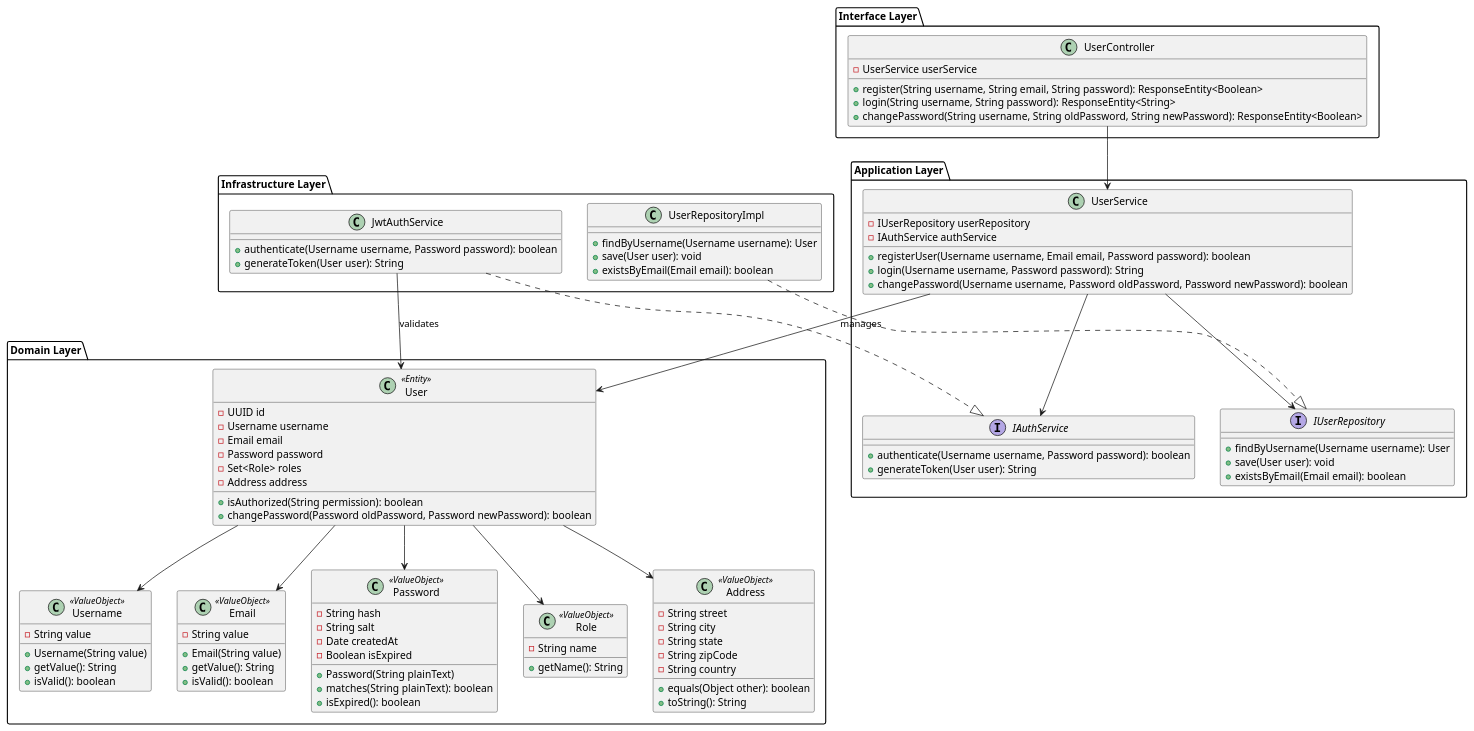
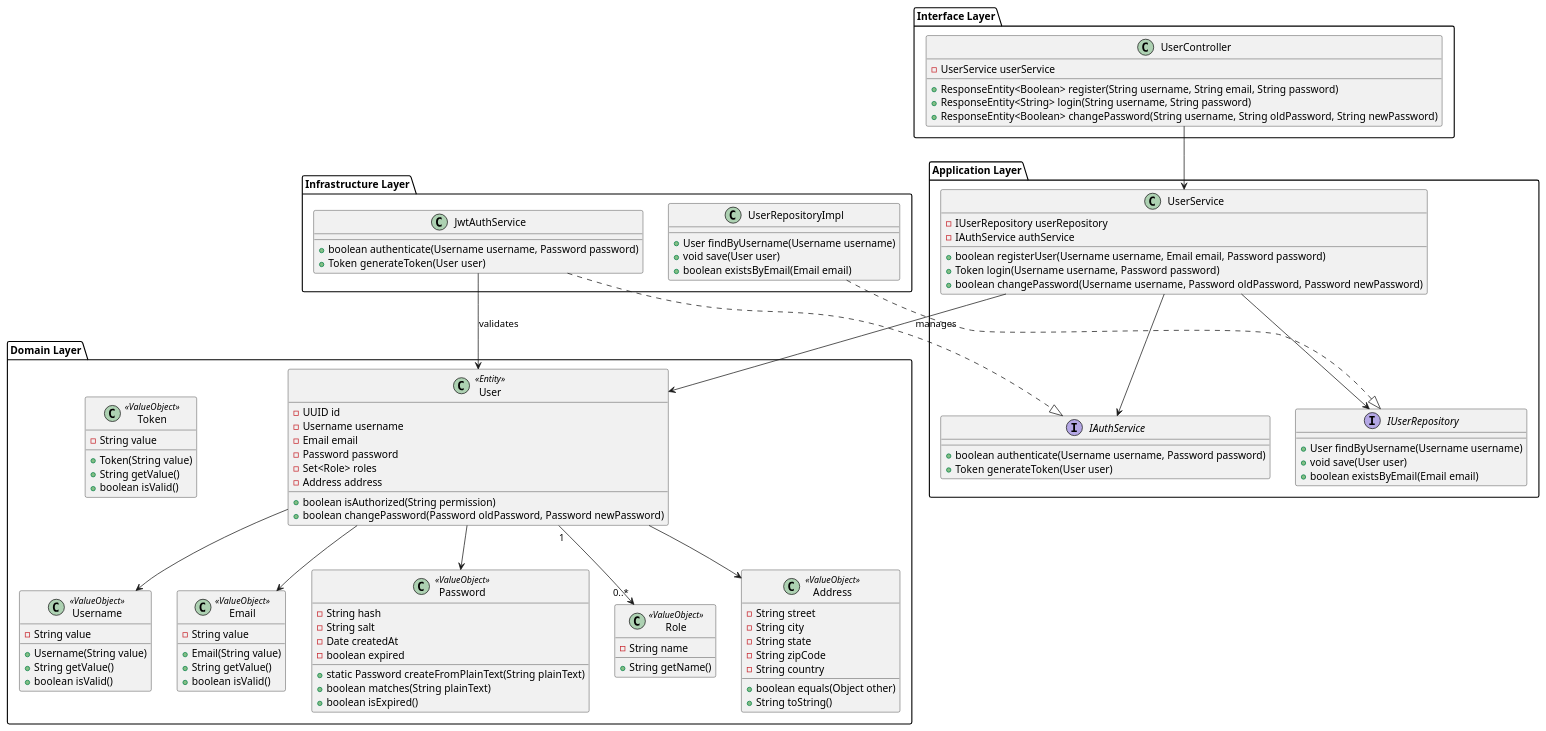
Before and after one commit to JonatanFD/diagrama-clase: the diagram in User Management.puml, drawn with PlantUML. The commit also changed 7 other files, not shown here.

```diff
--- a/User Management.puml
+++ b/User Management.puml
@@ -1,124 +1,131 @@
 @startuml
 ' =============================
 ' DOMAIN LAYER
 ' =============================
 package "Domain Layer" {
   class User <<Entity>> {
     - UUID id
     - Username username
     - Email email
     - Password password
     - Set<Role> roles
     - Address address
-    + isAuthorized(String permission): boolean
-    + changePassword(Password oldPassword, Password newPassword): boolean
+    + boolean isAuthorized(String permission)
+    + boolean changePassword(Password oldPassword, Password newPassword)
   }
 
   class Username <<ValueObject>> {
     - String value
     + Username(String value)
-    + getValue(): String
-    + isValid(): boolean
+    + String getValue()
+    + boolean isValid()
   }
 
   class Email <<ValueObject>> {
     - String value
     + Email(String value)
-    + getValue(): String
-    + isValid(): boolean
+    + String getValue()
+    + boolean isValid()
   }
 
   class Password <<ValueObject>> {
     - String hash
     - String salt
     - Date createdAt
-    - Boolean isExpired
-    + Password(String plainText)
-    + matches(String plainText): boolean
-    + isExpired(): boolean
+    - boolean expired
+    + static Password createFromPlainText(String plainText)
+    + boolean matches(String plainText)
+    + boolean isExpired()
   }
 
   class Role <<ValueObject>> {
     - String name
-    + getName(): String
+    + String getName()
   }
 
   class Address <<ValueObject>> {
     - String street
     - String city
     - String state
     - String zipCode
     - String country
-    + equals(Object other): boolean
-    + toString(): String
+    + boolean equals(Object other)
+    + String toString()
+  }
+
+  class Token <<ValueObject>> {
+    - String value
+    + Token(String value)
+    + String getValue()
+    + boolean isValid()
   }
 
   User --> Username
   User --> Email
   User --> Password
-  User --> Role
+  User "1" --> "0..*" Role
   User --> Address
 }
 
 ' =============================
 ' APPLICATION LAYER
 ' =============================
 package "Application Layer" {
   interface IUserRepository {
-    + findByUsername(Username username): User
-    + save(User user): void
-    + existsByEmail(Email email): boolean
+    + User findByUsername(Username username)
+    + void save(User user)
+    + boolean existsByEmail(Email email)
   }
 
   interface IAuthService {
-    + authenticate(Username username, Password password): boolean
-    + generateToken(User user): String
+    + boolean authenticate(Username username, Password password)
+    + Token generateToken(User user)
   }
 
   class UserService {
     - IUserRepository userRepository
     - IAuthService authService
-    + registerUser(Username username, Email email, Password password): boolean
-    + login(Username username, Password password): String
-    + changePassword(Username username, Password oldPassword, Password newPassword): boolean
+    + boolean registerUser(Username username, Email email, Password password)
+    + Token login(Username username, Password password)
+    + boolean changePassword(Username username, Password oldPassword, Password newPassword)
   }
 
   UserService --> IUserRepository
   UserService --> IAuthService
   UserService --> User : «manages»
 }
 
 ' =============================
 ' INFRASTRUCTURE LAYER
 ' =============================
 package "Infrastructure Layer" {
   class UserRepositoryImpl {
-    + findByUsername(Username username): User
-    + save(User user): void
-    + existsByEmail(Email email): boolean
+    + User findByUsername(Username username)
+    + void save(User user)
+    + boolean existsByEmail(Email email)
   }
 
   class JwtAuthService {
-    + authenticate(Username username, Password password): boolean
-    + generateToken(User user): String
+    + boolean authenticate(Username username, Password password)
+    + Token generateToken(User user)
   }
 
   UserRepositoryImpl ..|> IUserRepository
   JwtAuthService ..|> IAuthService
   JwtAuthService --> User : «validates»
 }
 
 ' =============================
 ' INTERFACE/PRESENTATION LAYER
 ' =============================
 package "Interface Layer" {
   class UserController {
     - UserService userService
-    + register(String username, String email, String password): ResponseEntity<Boolean>
-    + login(String username, String password): ResponseEntity<String>
-    + changePassword(String username, String oldPassword, String newPassword): ResponseEntity<Boolean>
+    + ResponseEntity<Boolean> register(String username, String email, String password)
+    + ResponseEntity<String> login(String username, String password)
+    + ResponseEntity<Boolean> changePassword(String username, String oldPassword, String newPassword)
   }
 
   UserController --> UserService
 }
 @enduml
```
